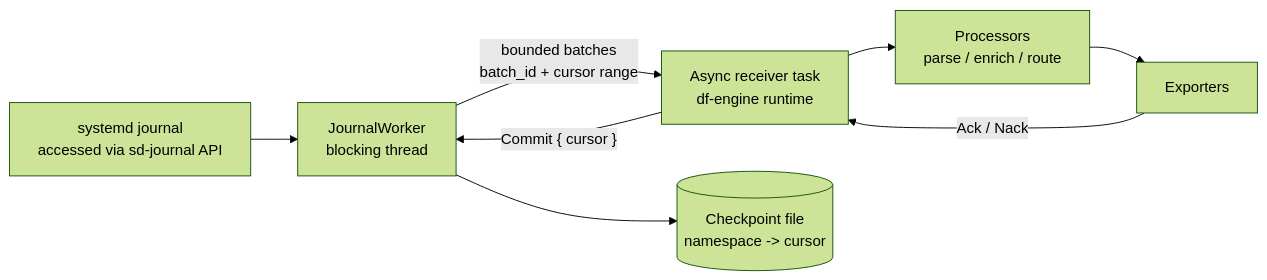
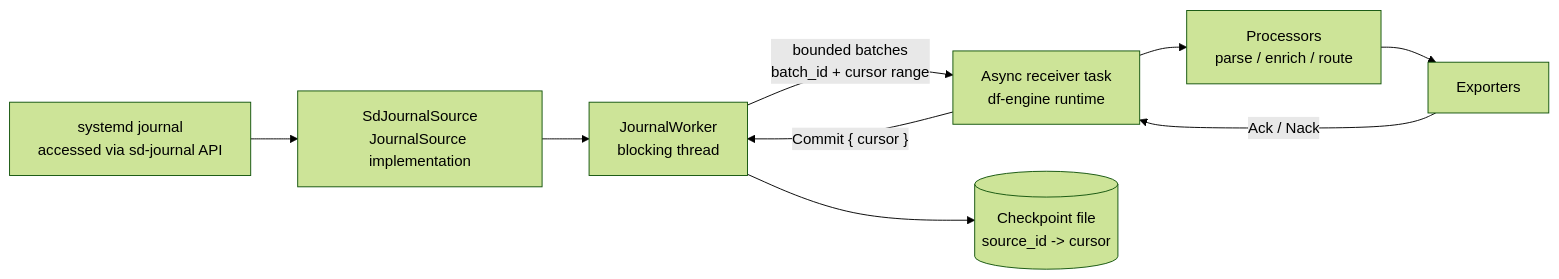
The first of 3 diagrams in rust/otap-dataflow/docs/journald-receiver.md (open-telemetry/otel-arrow), drawn with Mermaid (forest theme) before and after one commit. The commit also changed other lines of this file, not shown here.

````diff
--- a/rust/otap-dataflow/docs/journald-receiver.md
+++ b/rust/otap-dataflow/docs/journald-receiver.md
@@ -72,10 +100,11 @@
 ```mermaid
 flowchart LR
-    J["systemd journal<br/>accessed via sd-journal API"] --> W["JournalWorker<br/>blocking thread"]
+    J["systemd journal<br/>accessed via sd-journal API"] --> S["SdJournalSource<br/>JournalSource implementation"]
+    S --> W["JournalWorker<br/>blocking thread"]
     W -->|"bounded batches<br/>batch_id + cursor range"| A["Async receiver task<br/>df-engine runtime"]
     A --> P["Processors<br/>parse / enrich / route"]
     P --> E["Exporters"]
     E -->|"Ack / Nack"| A
     A -->|"Commit { cursor }"| W
-    W --> C[("Checkpoint file<br/>namespace -> cursor")]
+    W --> C[("Checkpoint file<br/>source_id -> cursor")]
 ```
````
